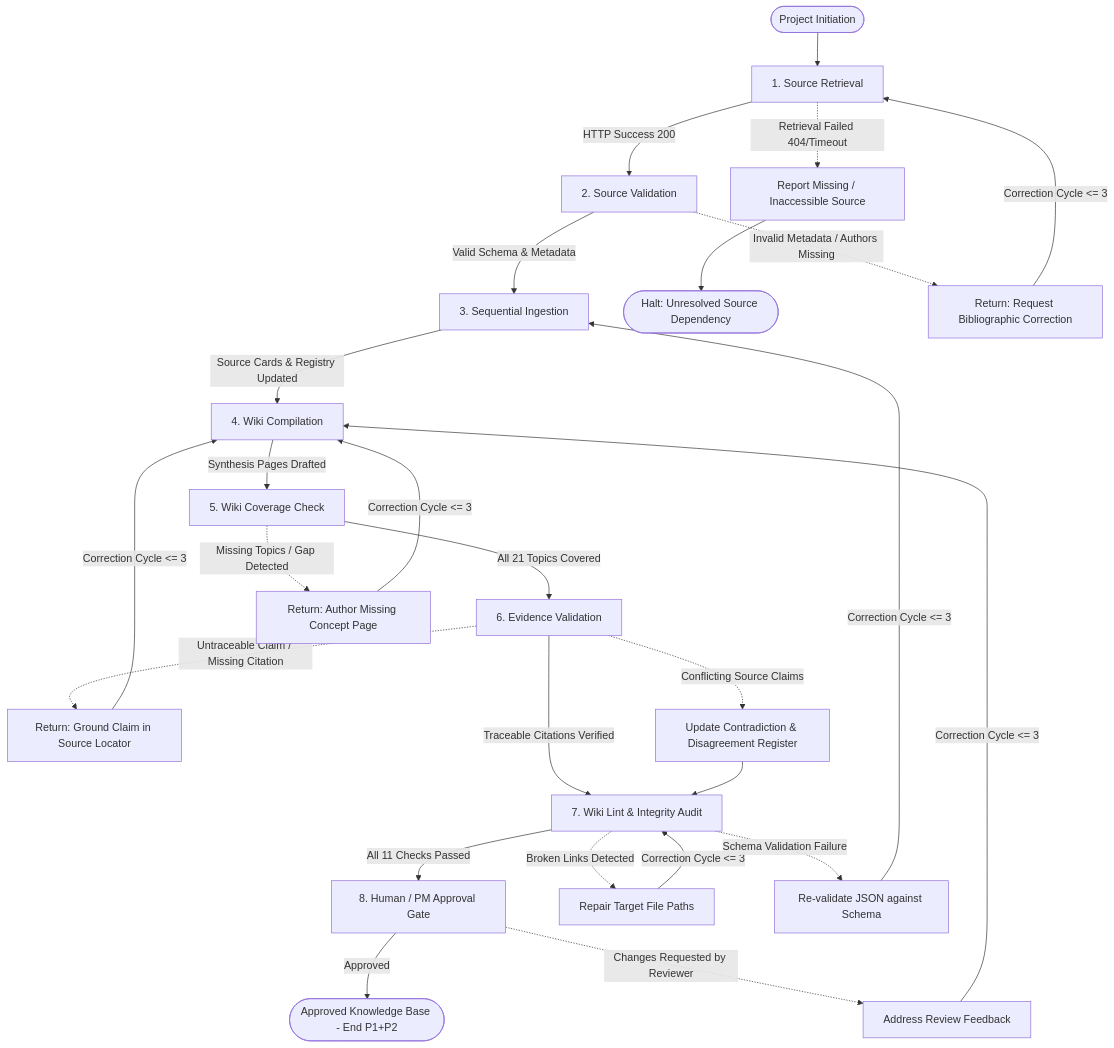
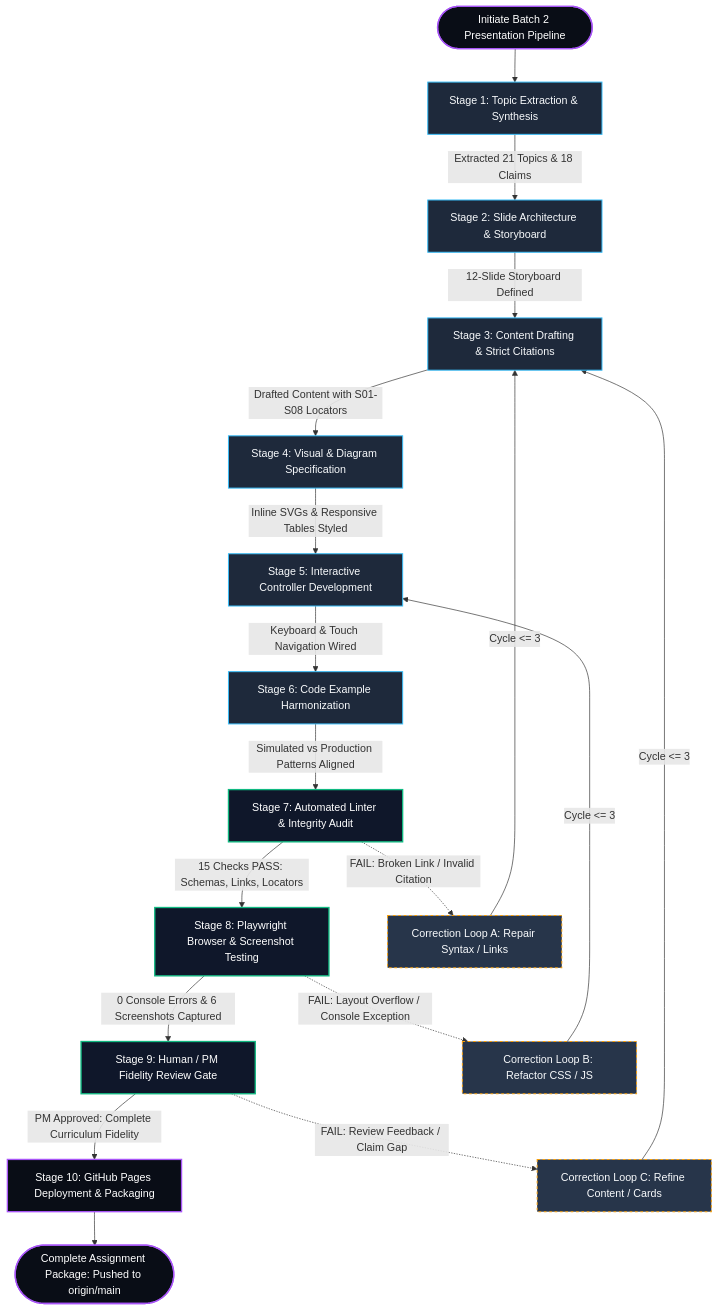
Before and after one commit to Mincow271104/LLM-Wiki: the diagram in workflow/graph.mmd, drawn with Mermaid. The commit also changed 67 other files, not shown here.

Commit message:
feat: complete AI Agents teaching presentation and workflow

```diff
--- a/workflow/graph.mmd
+++ b/workflow/graph.mmd
@@ -1,36 +1,54 @@
 flowchart TD
-    %% Main Forward Line
-    Start([Project Initiation]) --> N1[1. Source Retrieval]
-    N1 -->|HTTP Success 200| N2[2. Source Validation]
-    N2 -->|Valid Schema & Metadata| N3[3. Sequential Ingestion]
-    N3 -->|Source Cards & Registry Updated| N4[4. Wiki Compilation]
-    N4 -->|Synthesis Pages Drafted| N5[5. Wiki Coverage Check]
-    N5 -->|All 21 Topics Covered| N6[6. Evidence Validation]
-    N6 -->|Traceable Citations Verified| N7[7. Wiki Lint & Integrity Audit]
-    N7 -->|All 11 Checks Passed| N8[8. Human / PM Approval Gate]
-    N8 -->|Approved| Approved([Approved Knowledge Base - End P1+P2])
+    %% =========================================================================
+    %% AI AGENTS LEARNING WIKI: 10-STAGE PRESENTATION GENERATION & VERIFICATION GRAPH
+    %% Distinguishing Directed Graphs (DAG Flow) from Cyclic Correction Loops (Max 3)
+    %% =========================================================================
 
-    %% Failure Routes & Return Paths (Max 3 cycles)
-    N1 -.->|Retrieval Failed 404/Timeout| E1[Report Missing / Inaccessible Source]
-    E1 --> StopFailed([Halt: Unresolved Source Dependency])
+    Start([Initiate Batch 2 Presentation Pipeline]) --> S1[Stage 1: Topic Extraction & Synthesis]
 
-    N2 -.->|Invalid Metadata / Authors Missing| R2[Return: Request Bibliographic Correction]
-    R2 -->|Correction Cycle <= 3| N1
+    %% Stage 1 to 2
+    S1 -->|Extracted 21 Topics & 18 Claims| S2[Stage 2: Slide Architecture & Storyboard]
 
-    N5 -.->|Missing Topics / Gap Detected| R5[Return: Author Missing Concept Page]
-    R5 -->|Correction Cycle <= 3| N4
+    %% Stage 2 to 3
+    S2 -->|12-Slide Storyboard Defined| S3[Stage 3: Content Drafting & Strict Citations]
 
-    N6 -.->|Untraceable Claim / Missing Citation| R6[Return: Ground Claim in Source Locator]
-    R6 -->|Correction Cycle <= 3| N4
+    %% Stage 3 to 4
+    S3 -->|Drafted Content with S01-S08 Locators| S4[Stage 4: Visual & Diagram Specification]
 
-    N6 -.->|Conflicting Source Claims| C6[Update Contradiction & Disagreement Register]
-    C6 --> N7
+    %% Stage 4 to 5
+    S4 -->|Inline SVGs & Responsive Tables Styled| S5[Stage 5: Interactive Controller Development]
 
-    N7 -.->|Broken Links Detected| R7A[Repair Target File Paths]
-    R7A -->|Correction Cycle <= 3| N7
+    %% Stage 5 to 6
+    S5 -->|Keyboard & Touch Navigation Wired| S6[Stage 6: Code Example Harmonization]
 
-    N7 -.->|Schema Validation Failure| R7B[Re-validate JSON against Schema]
-    R7B -->|Correction Cycle <= 3| N3
+    %% Stage 6 to 7
+    S6 -->|Simulated vs Production Patterns Aligned| S7[Stage 7: Automated Linter & Integrity Audit]
 
-    N8 -.->|Changes Requested by Reviewer| R8[Address Review Feedback]
-    R8 -->|Correction Cycle <= 3| N4
+    %% Stage 7 Verification Gate (Loop 1)
+    S7 -->|15 Checks PASS: Schemas, Links, Locators| S8[Stage 8: Playwright Browser & Screenshot Testing]
+    S7 -.->|FAIL: Broken Link / Invalid Citation| L7[Correction Loop A: Repair Syntax / Links]
+    L7 -->|Cycle <= 3| S3
+
+    %% Stage 8 Verification Gate (Loop 2)
+    S8 -->|0 Console Errors & 6 Screenshots Captured| S9[Stage 9: Human / PM Fidelity Review Gate]
+    S8 -.->|FAIL: Layout Overflow / Console Exception| L8[Correction Loop B: Refactor CSS / JS]
+    L8 -->|Cycle <= 3| S5
+
+    %% Stage 9 Verification Gate (Loop 3)
+    S9 -->|PM Approved: Complete Curriculum Fidelity| S10[Stage 10: GitHub Pages Deployment & Packaging]
+    S9 -.->|FAIL: Review Feedback / Claim Gap| L9[Correction Loop C: Refine Content / Cards]
+    L9 -->|Cycle <= 3| S3
+
+    %% Terminal Completion
+    S10 --> End([Complete Assignment Package: Pushed to origin/main])
+
+    %% Styling
+    classDef stageNode fill:#1e293b,stroke:#38bdf8,stroke-width:1.5px,color:#f8fafc;
+    classDef loopNode fill:#27354a,stroke:#f59e0b,stroke-width:1.5px,stroke-dasharray: 4,color:#f8fafc;
+    classDef gateNode fill:#0f172a,stroke:#10b981,stroke-width:2px,color:#ffffff;
+    classDef termNode fill:#090d16,stroke:#a855f7,stroke-width:2px,color:#ffffff;
+
+    class S1,S2,S3,S4,S5,S6 stageNode;
+    class S7,S8,S9 gateNode;
+    class L7,L8,L9 loopNode;
+    class S10,Start,End termNode;
```
